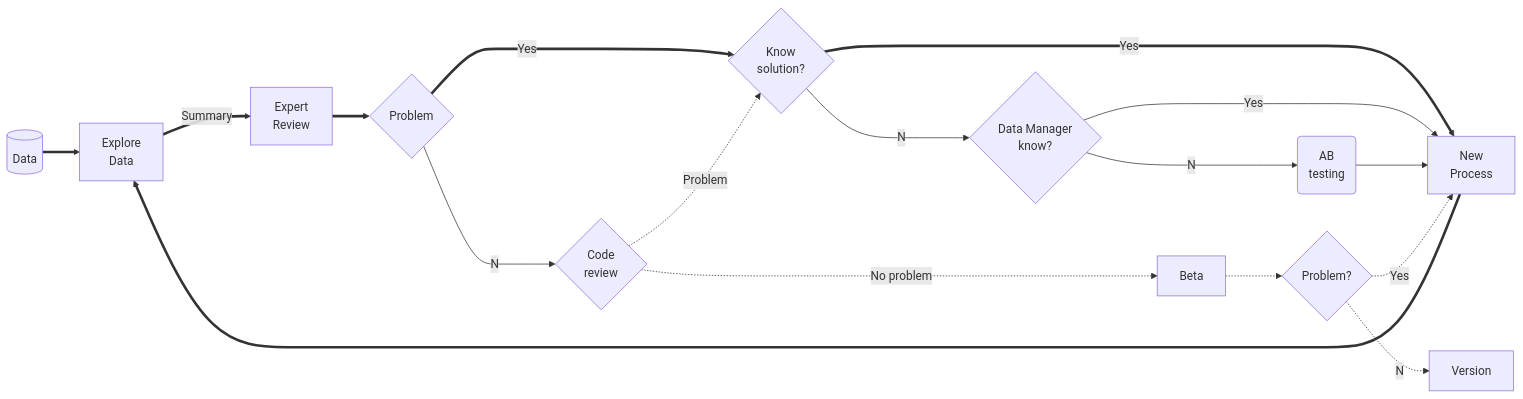
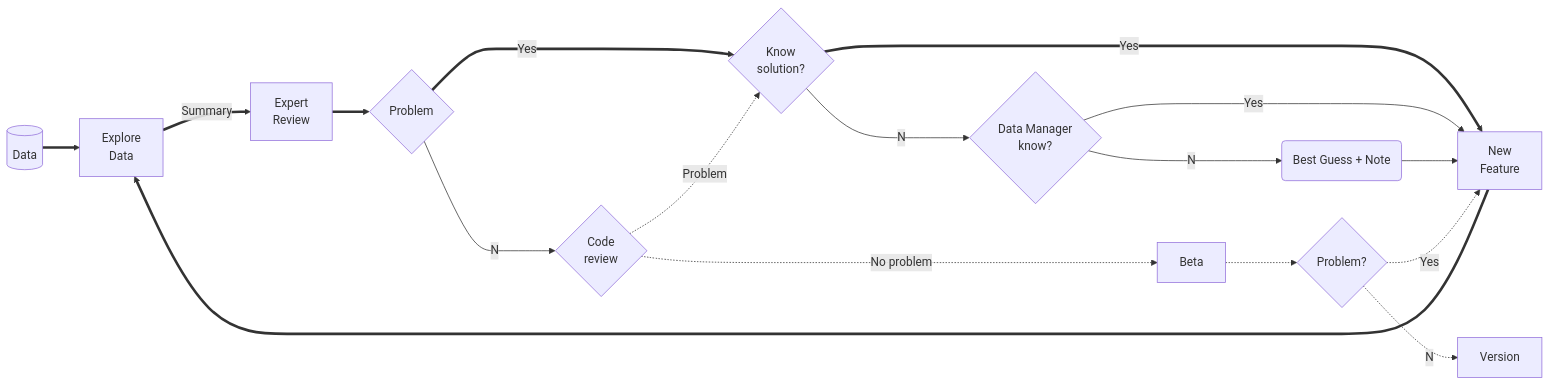
The diagram in docs/figsTables/design/developmentCycle.mmd (USEPA/GLharmonizeR), drawn with Mermaid before and after one commit. The commit also changed 6 other files, not shown here.

Commit message:
First round of presentation revisions and updated function diagram

```diff
--- a/docs/figsTables/design/developmentCycle.mmd
+++ b/docs/figsTables/design/developmentCycle.mmd
@@ -1,19 +1,19 @@
 %% Cycle between dev and experts at center
 
 graph LR;
   data[(Data)] ==> explore[Explore <br> Data] ==Summary==> expert[Expert <br> Review] ==> problem{Problem}
   problem ==Yes==> understand{Know<br>solution?}
 
-  understand ==Yes==> newProcess[New <br> Process] ==> explore
+  understand ==Yes==> newFeature[New <br> Feature] ==> explore
 
   understand --No--> advice{Data Manager <br>know?}
 
-  advice --Yes--> newProcess
-  advice --No--> ab(AB<br>testing) --> newProcess 
+  advice --Yes--> newFeature
+  advice --No--> ab(Best Guess + Note) --> newFeature 
 
 
   problem --No--> review{Code <br> review} -.No problem.->  Beta -.-> vProblem{Problem?} 
   review -.Problem .-> understand
 
   vProblem -.No.-> Version
-  vProblem -.Yes.-> newProcess
+  vProblem -.Yes.-> newFeature
```
